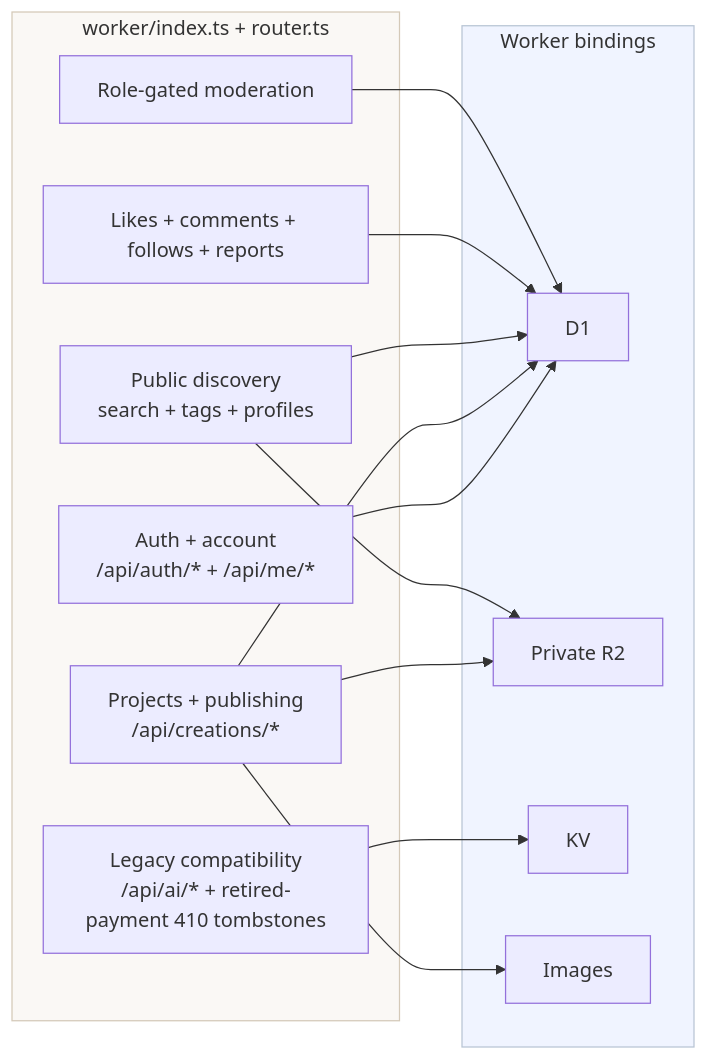
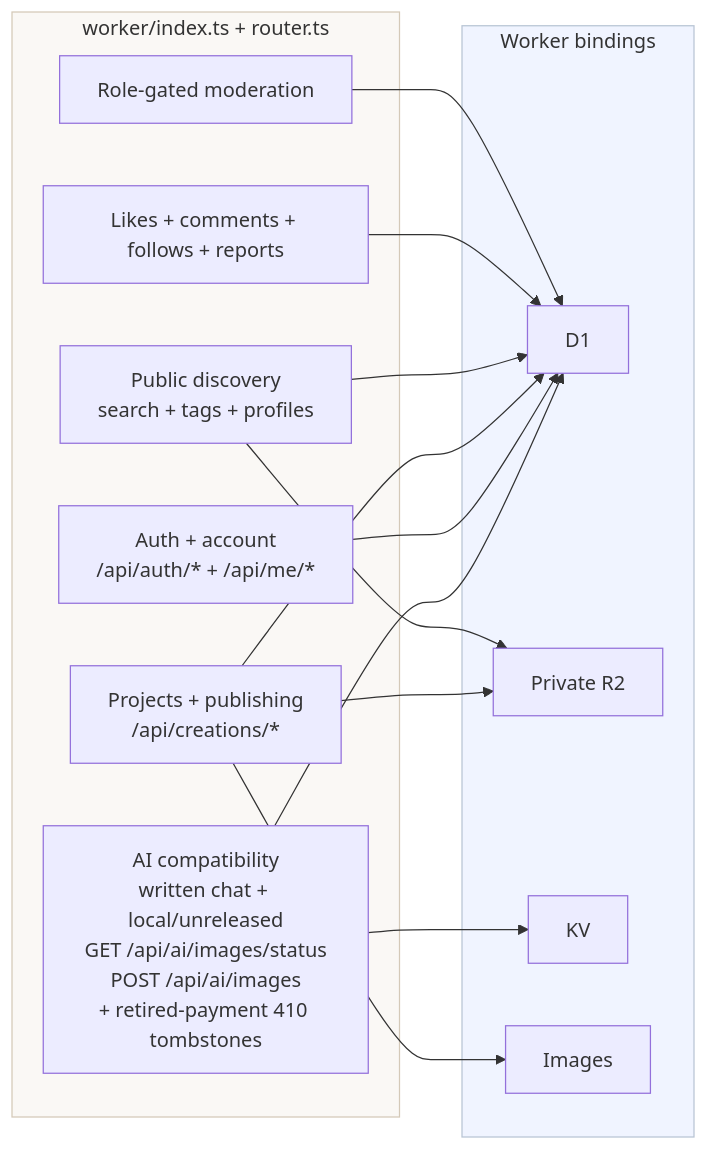
Before and after one commit to RazonIn4K/Mii-pixelart: diagram 11 of 13 in living-the-grid-studio/docs/architecture.md, drawn with Mermaid. The commit also changed other lines of this file and 35 other files, not shown here.

Commit message:
feat(ai): add gated image generation review flow

````diff
--- a/living-the-grid-studio/docs/architecture.md
+++ b/living-the-grid-studio/docs/architecture.md
@@ -485,26 +517,27 @@
 ```mermaid
 graph LR
     subgraph Runtime["worker/index.ts + router.ts"]
-        Legacy["Legacy compatibility<br/>/api/ai/* + retired-payment 410 tombstones"]
+        Legacy["AI compatibility<br/>written chat + local/unreleased<br/>GET /api/ai/images/status<br/>POST /api/ai/images<br/>+ retired-payment 410 tombstones"]
         Auth["Auth + account<br/>/api/auth/* + /api/me/*"]
         Creations["Projects + publishing<br/>/api/creations/*"]
         Discovery["Public discovery<br/>search + tags + profiles"]
         Social["Likes + comments + follows + reports"]
         Moderation["Role-gated moderation"]
     end
 
     subgraph Bindings["Worker bindings"]
         DB["D1"]
         Objects["Private R2"]
         Cache["KV"]
         Images["Images"]
     end
 
     Legacy --> Cache
+    Legacy --> DB
     Auth & Creations & Discovery & Social & Moderation --> DB
     Creations & Discovery --> Objects
     Creations --> Images
 
     style Runtime fill:#faf8f5,stroke:#d4c9b8
     style Bindings fill:#f0f4ff,stroke:#b8c4d4
 ```
````
